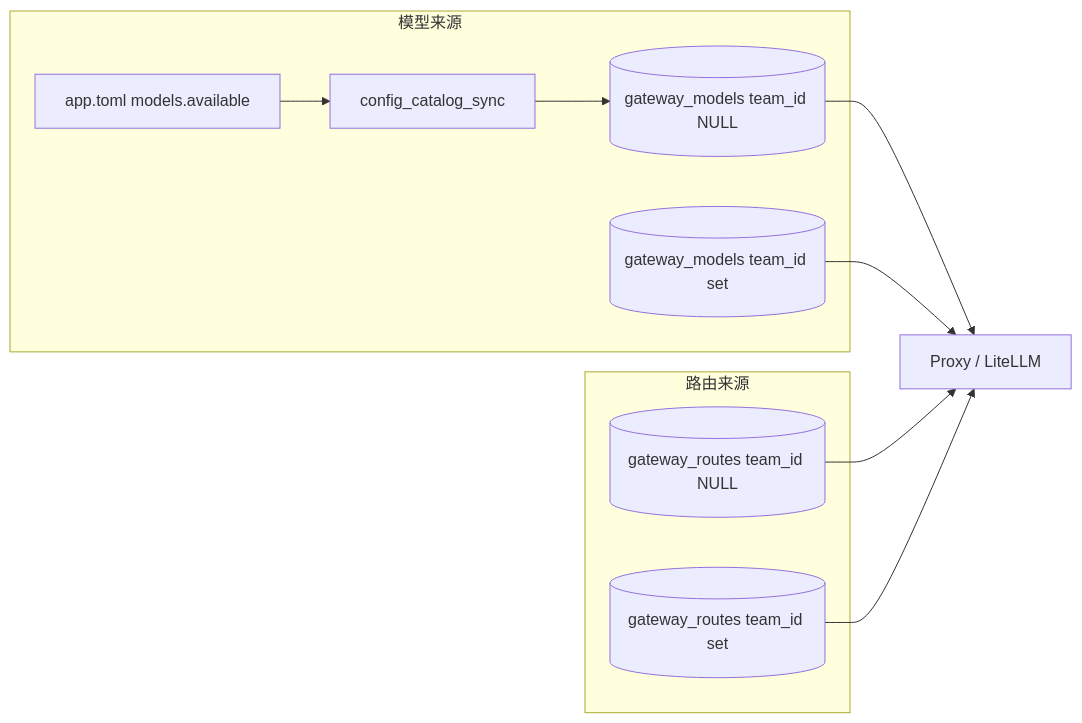
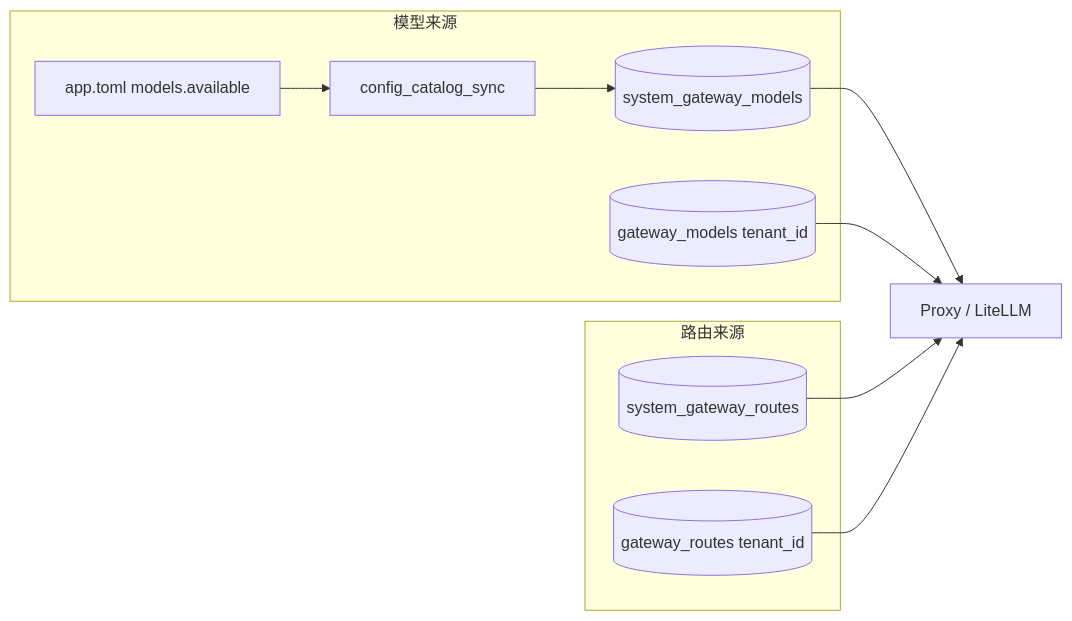
The second of 2 diagrams in backend/docs/PERMISSION_SYSTEM_ARCHITECTURE.md (tianyehedashu/ai-agent), drawn with Mermaid before and after one commit. The commit also changed other lines of this file and 206 other files, not shown here.

First line of the commit message:
refactor(tenancy,gateway): tenant_id 权威作用域与 API 投影收尾

````diff
--- a/backend/docs/PERMISSION_SYSTEM_ARCHITECTURE.md
+++ b/backend/docs/PERMISSION_SYSTEM_ARCHITECTURE.md
@@ -484,18 +510,18 @@
 ```mermaid
 flowchart LR
   subgraph sources [模型来源]
     appToml[app.toml models.available]
     sync[config_catalog_sync]
-    dbGlobal[(gateway_models team_id NULL)]
-    dbTeam[(gateway_models team_id set)]
+    dbGlobal[(system_gateway_models)]
+    dbTeam[(gateway_models tenant_id)]
     appToml --> sync --> dbGlobal
   end
   subgraph routes_src [路由来源]
-    dbRouteGlobal[(gateway_routes team_id NULL)]
-    dbRouteTeam[(gateway_routes team_id set)]
+    dbRouteGlobal[(system_gateway_routes)]
+    dbRouteTeam[(gateway_routes tenant_id)]
   end
   dbGlobal --> proxy[Proxy / LiteLLM]
   dbTeam --> proxy
   dbRouteGlobal --> proxy
   dbRouteTeam --> proxy
 ```
````
